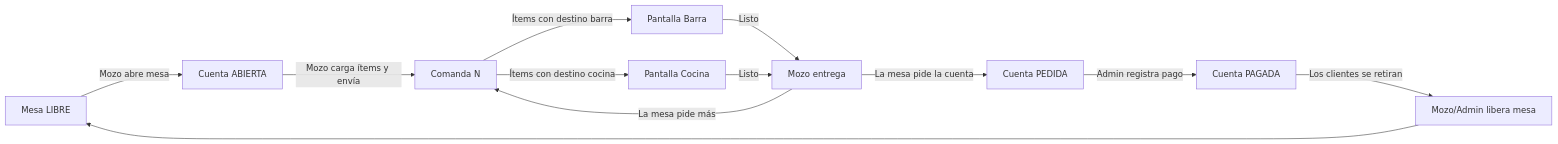
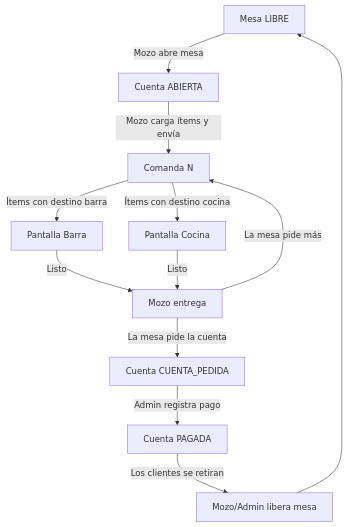
The first of 2 diagrams in README.md (Mattia-rc/PlatoYa), drawn with Mermaid before and after one commit. The commit also changed other lines of this file and 7 other files, not shown here.

````diff
--- a/README.md
+++ b/README.md
@@ -93,14 +118,14 @@
 ```mermaid
-flowchart LR
+flowchart TD
     A[Mesa LIBRE] -->|Mozo abre mesa| B[Cuenta ABIERTA]
     B -->|Mozo carga ítems y envía| C[Comanda N]
     C -->|Ítems con destino barra| D[Pantalla Barra]
     C -->|Ítems con destino cocina| E[Pantalla Cocina]
     D -->|Listo| F[Mozo entrega]
     E -->|Listo| F
     F -->|La mesa pide más| C
-    F -->|La mesa pide la cuenta| G[Cuenta PEDIDA]
+    F -->|La mesa pide la cuenta| G[Cuenta CUENTA_PEDIDA]
     G -->|Admin registra pago| H[Cuenta PAGADA]
     H -->|Los clientes se retiran| I[Mozo/Admin libera mesa]
     I --> A
 ```
````
